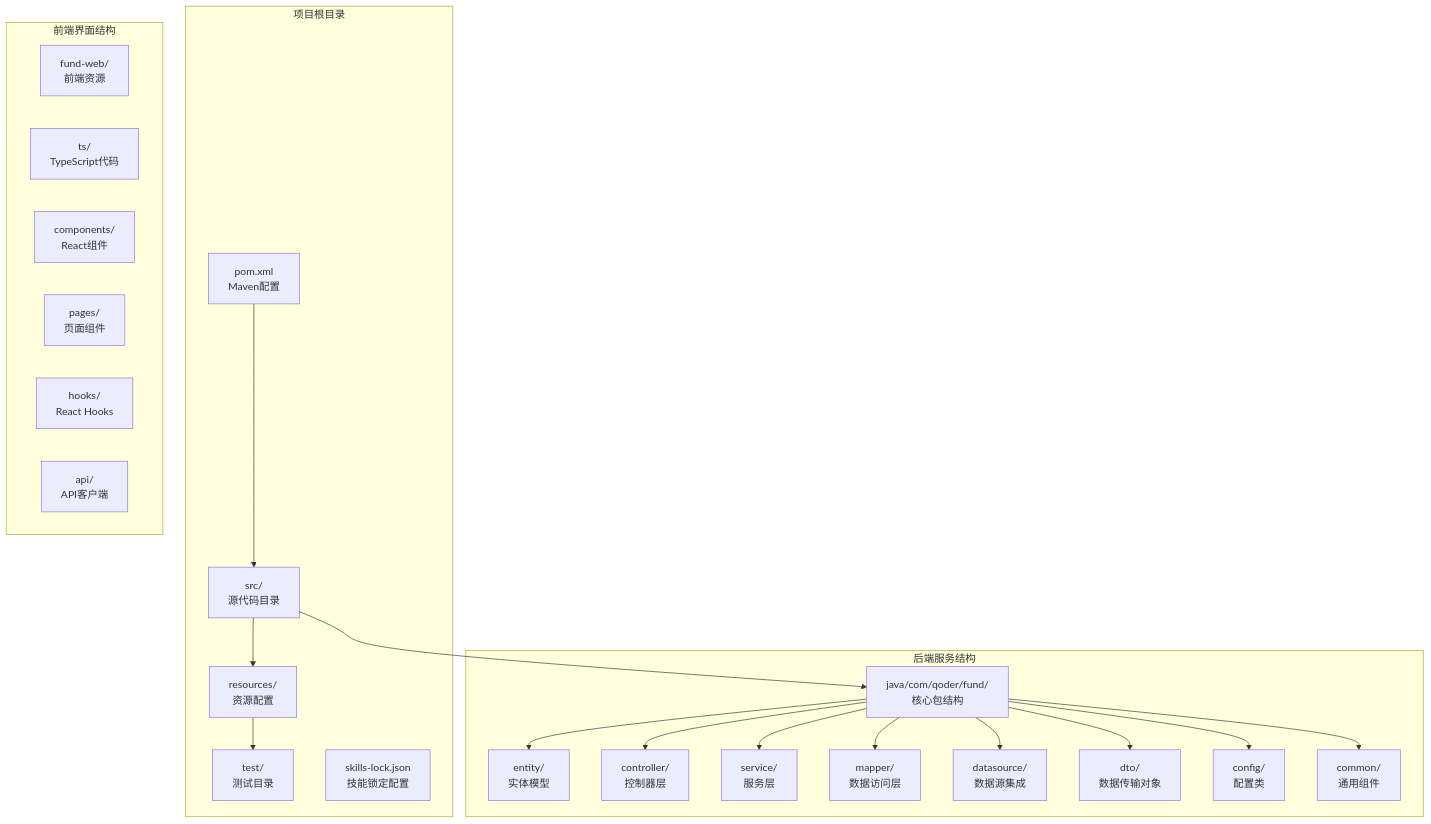
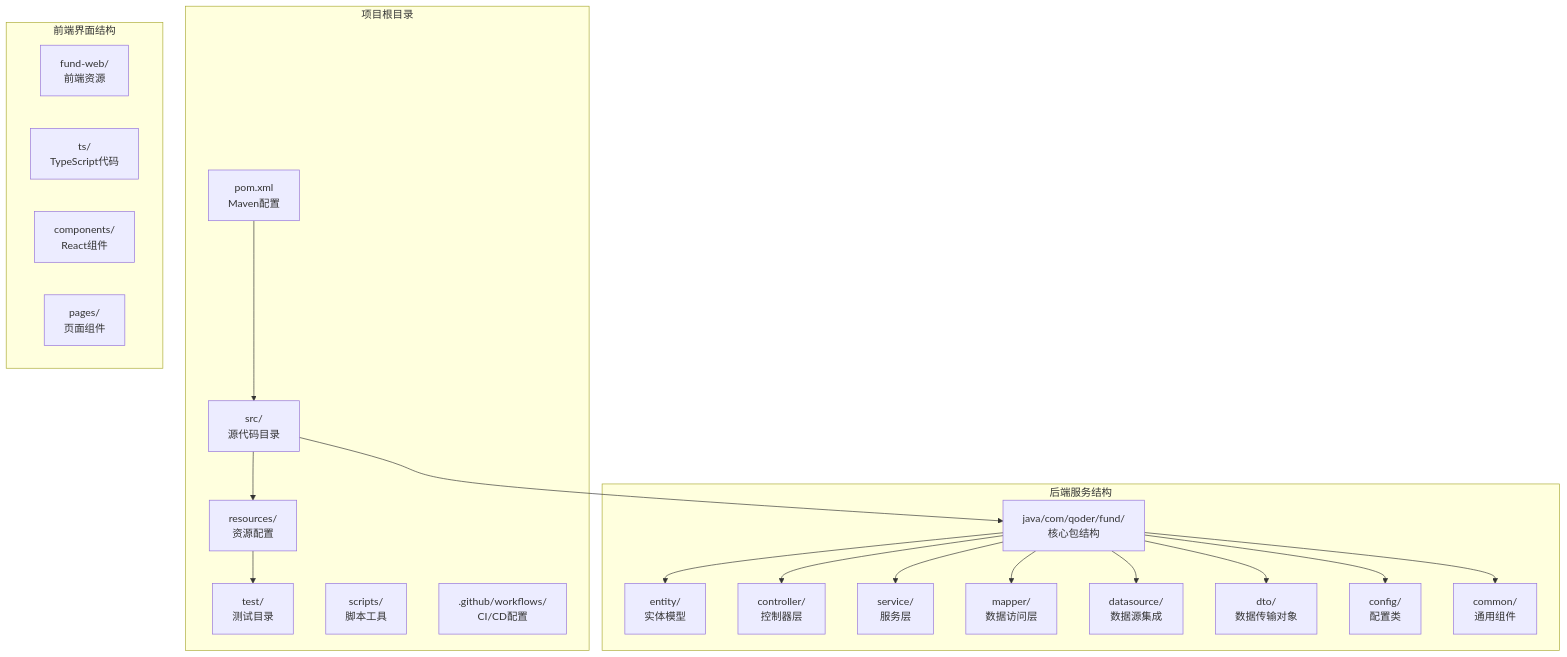
Before and after one commit to gree-coder/fund-butler: the first of 16 diagrams in .qoder/repowiki/zh/content/核心功能开发/核心功能开发.md, drawn with Mermaid. The commit also changed other lines of this file and 21 other files, not shown here.

````diff
--- a/.qoder/repowiki/zh/content/核心功能开发/核心功能开发.md
+++ b/.qoder/repowiki/zh/content/核心功能开发/核心功能开发.md
@@ -86,41 +87,40 @@
 ```mermaid
 graph TB
 subgraph "项目根目录"
 POM[pom.xml<br/>Maven配置]
 SRC[src/<br/>源代码目录]
 RES[resources/<br/>资源配置]
 TEST[test/<br/>测试目录]
-SKILLS[skills-lock.json<br/>技能锁定配置]
+SCRIPTS[scripts/<br/>脚本工具]
+GITHUB[.github/workflows/<br/>CI/CD配置]
 end
 subgraph "后端服务结构"
 JAVA[java/com/qoder/fund/<br/>核心包结构]
 ENTITY[entity/<br/>实体模型]
 CONTROLLER[controller/<br/>控制器层]
 SERVICE[service/<br/>服务层]
 MAPPER[mapper/<br/>数据访问层]
 DATASOURCE[datasource/<br/>数据源集成]
 DTO[dto/<br/>数据传输对象]
 CONFIG[config/<br/>配置类]
 COMMON[common/<br/>通用组件]
 end
 subgraph "前端界面结构"
 WEB[fund-web/<br/>前端资源]
 TS[ts/<br/>TypeScript代码]
 COMPONENTS[components/<br/>React组件]
 PAGES[pages/<br/>页面组件]
-HOOKS[hooks/<br/>React Hooks]
-API[api/<br/>API客户端]
 end
 POM --> SRC
 SRC --> JAVA
 SRC --> RES
 JAVA --> ENTITY
 JAVA --> CONTROLLER
 JAVA --> SERVICE
 JAVA --> MAPPER
 JAVA --> DATASOURCE
 JAVA --> DTO
 JAVA --> CONFIG
 JAVA --> COMMON
 RES --> TEST
 ```
````
